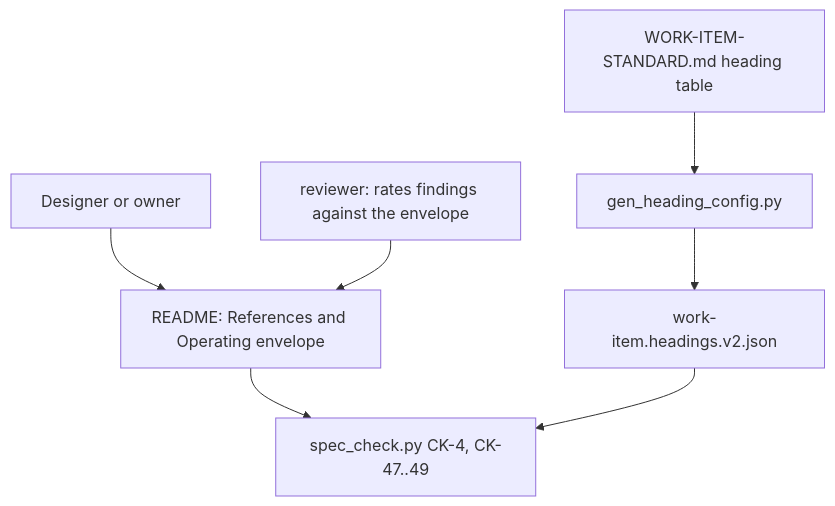
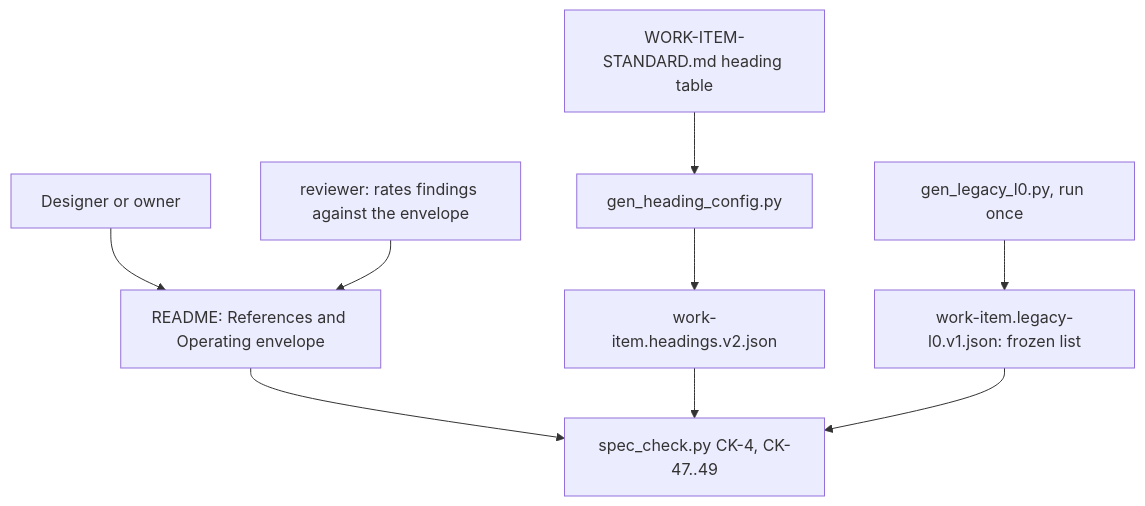
Before and after one commit to sibulus13/claudence: the diagram in docs/work/spec-references-envelope/README.md, drawn with Mermaid. The commit also changed other lines of this file and 3 other files, not shown here.

````diff
--- a/docs/work/spec-references-envelope/README.md
+++ b/docs/work/spec-references-envelope/README.md
@@ -17,9 +17,11 @@
 ```mermaid
 flowchart TD
   D[Designer or owner] --> R[README: References and Operating envelope]
   R --> K[spec_check.py CK-4, CK-47..49]
   G[gen_heading_config.py] --> J[work-item.headings.v2.json]
   J --> K
   S[WORK-ITEM-STANDARD.md heading table] --> G
+  L[gen_legacy_l0.py, run once] --> I[work-item.legacy-l0.v1.json: frozen list]
+  I --> K
   RV[reviewer: rates findings against the envelope] --> R
 ```
````
